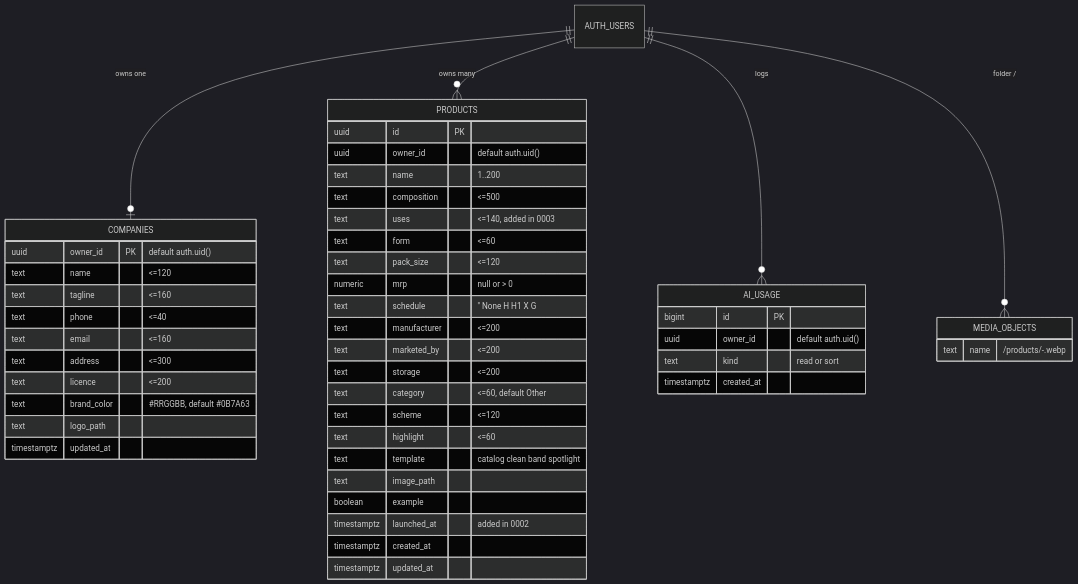
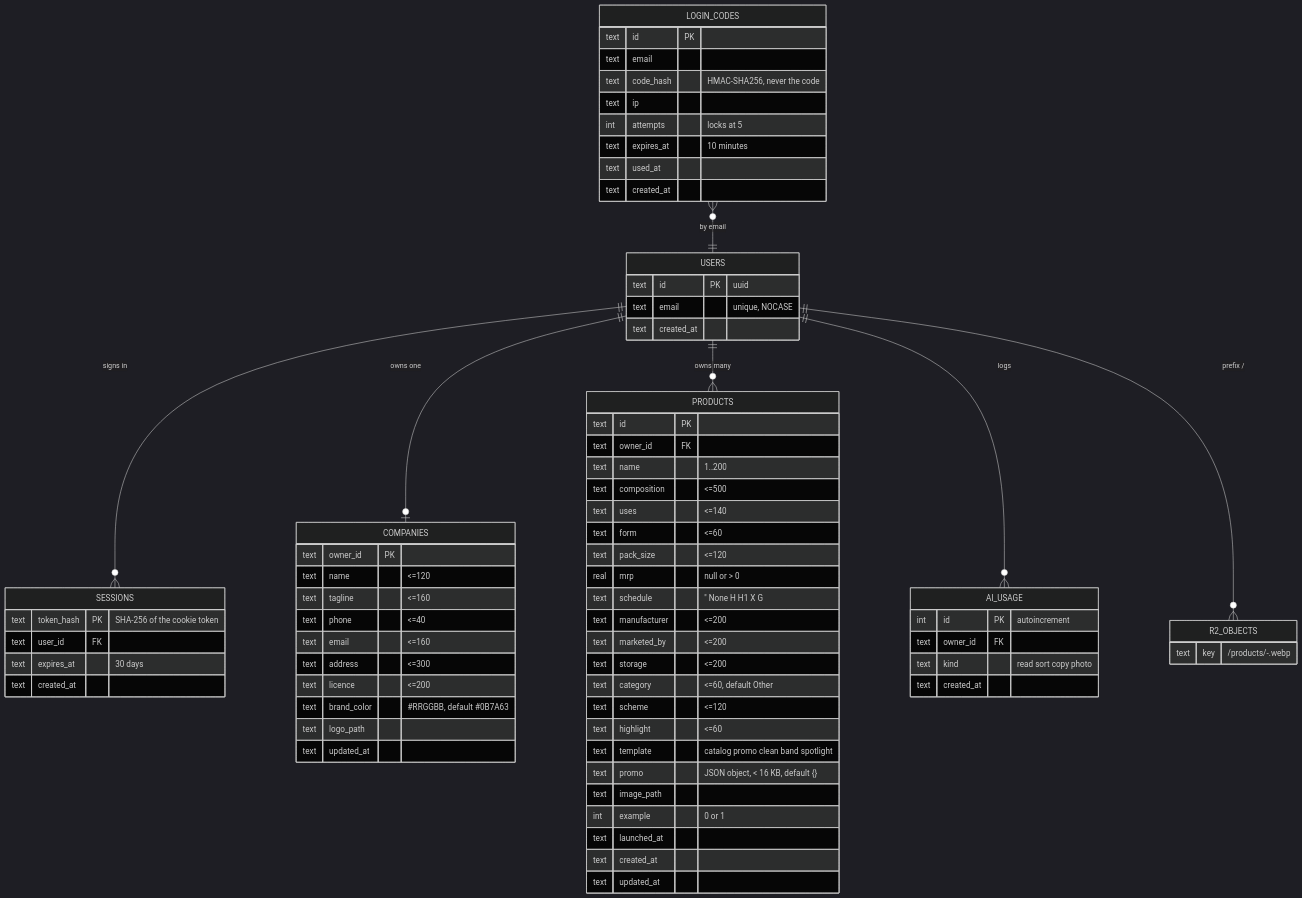
Before and after one commit to kollanaveen-ctrl/dawakraft: the second of 3 diagrams in docs/ARCHITECTURE.md, drawn with Mermaid (dark theme). The commit also changed other lines of this file and 54 other files, not shown here.

First line of the commit message:
feat: Cloudflare D1 + R2 with email-code sign-in, replacing Supabase

````diff
--- a/docs/ARCHITECTURE.md
+++ b/docs/ARCHITECTURE.md
@@ -132,52 +145,76 @@
 ```mermaid
 erDiagram
-  AUTH_USERS ||--o| COMPANIES : "owns one"
-  AUTH_USERS ||--o{ PRODUCTS : "owns many"
-  AUTH_USERS ||--o{ AI_USAGE : "logs"
-  AUTH_USERS ||--o{ MEDIA_OBJECTS : "folder <user id>/"
+  USERS ||--o{ SESSIONS : "signs in"
+  USERS ||--o| COMPANIES : "owns one"
+  USERS ||--o{ PRODUCTS : "owns many"
+  USERS ||--o{ AI_USAGE : "logs"
+  USERS ||--o{ R2_OBJECTS : "prefix <user id>/"
+  LOGIN_CODES }o--|| USERS : "by email"
 
+  USERS {
+    text id PK "uuid"
+    text email "unique, NOCASE"
+    text created_at
+  }
+  LOGIN_CODES {
+    text id PK
+    text email
+    text code_hash "HMAC-SHA256, never the code"
+    text ip
+    int attempts "locks at 5"
+    text expires_at "10 minutes"
+    text used_at
+    text created_at
+  }
+  SESSIONS {
+    text token_hash PK "SHA-256 of the cookie token"
+    text user_id FK
+    text expires_at "30 days"
+    text created_at
+  }
   COMPANIES {
-    uuid owner_id PK "default auth.uid()"
+    text owner_id PK
     text name "<=120"
     text tagline "<=160"
     text phone "<=40"
     text email "<=160"
     text address "<=300"
     text licence "<=200"
     text brand_color "#RRGGBB, default #0B7A63"
     text logo_path
-    timestamptz updated_at
+    text updated_at
   }
   PRODUCTS {
-    uuid id PK
-    uuid owner_id "default auth.uid()"
+    text id PK
+    text owner_id FK
     text name "1..200"
     text composition "<=500"
-    text uses "<=140, added in 0003"
+    text uses "<=140"
     text form "<=60"
     text pack_size "<=120"
-    numeric mrp "null or > 0"
+    real mrp "null or > 0"
     text schedule "'' None H H1 X G"
     text manufacturer "<=200"
     text marketed_by "<=200"
     text storage "<=200"
     text category "<=60, default Other"
     text scheme "<=120"
     text highlight "<=60"
-    text template "catalog clean band spotlight"
+    text template "catalog promo clean band spotlight"
+    text promo "JSON object, < 16 KB, default {}"
     text image_path
-    boolean example
-    timestamptz launched_at "added in 0002"
-    timestamptz created_at
-    timestamptz updated_at
+    int example "0 or 1"
+    text launched_at
+    text created_at
+    text updated_at
   }
   AI_USAGE {
-    bigint id PK
-    uuid owner_id "default auth.uid()"
-    text kind "read or sort"
-    timestamptz created_at
+    int id PK "autoincrement"
+    text owner_id FK
+    text kind "read sort copy photo"
+    text created_at
   }
-  MEDIA_OBJECTS {
-    text name "<user id>/products/<id>-<time>.webp"
+  R2_OBJECTS {
+    text key "<user id>/products/<id>-<random>.webp"
   }
 ```
````
